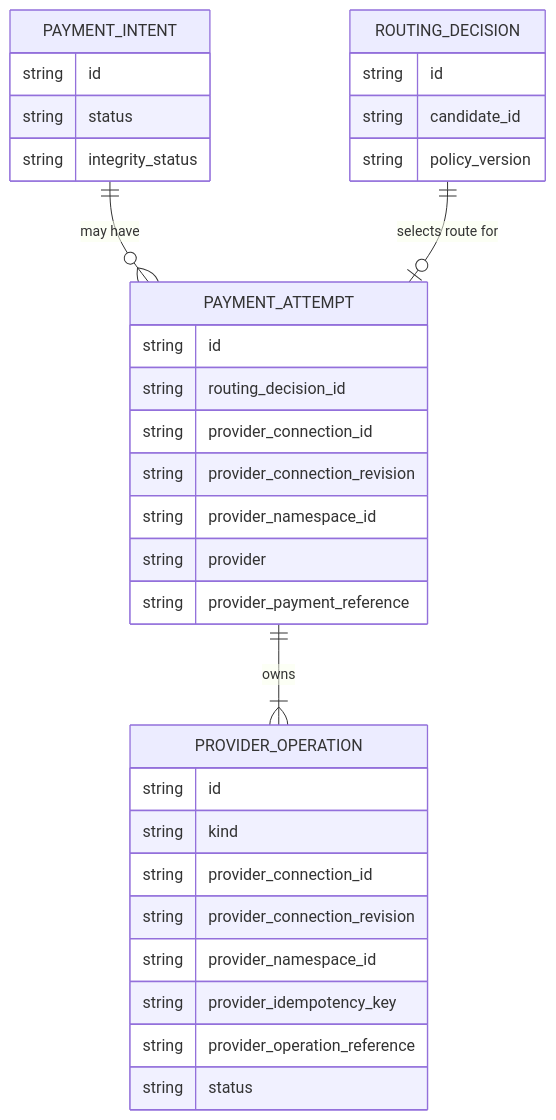
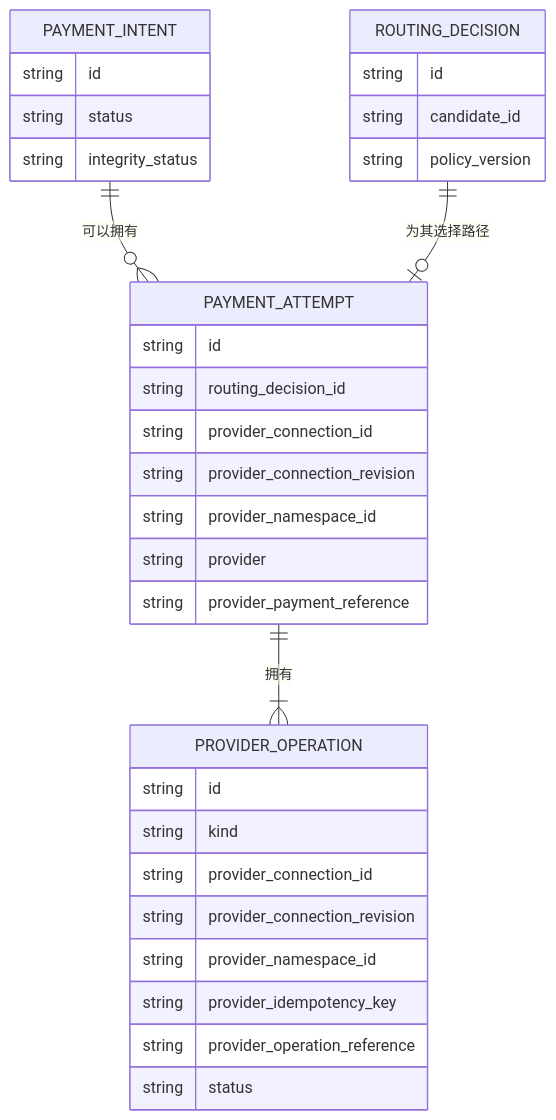
The third of 5 diagrams in part-1-foundations/routing-system-boundaries.md (YouEclipse/Designing-Modern-Payment-Systems), drawn with Mermaid before and after one commit. The commit also changed other lines of this file and 59 other files, not shown here.

````diff
--- a/part-1-foundations/routing-system-boundaries.md
+++ b/part-1-foundations/routing-system-boundaries.md
@@ -142,36 +142,36 @@
 ```mermaid
 erDiagram
-    PAYMENT_INTENT ||--o{ PAYMENT_ATTEMPT : "may have"
-    PAYMENT_ATTEMPT ||--|{ PROVIDER_OPERATION : "owns"
-    ROUTING_DECISION ||--o| PAYMENT_ATTEMPT : "selects route for"
+    PAYMENT_INTENT ||--o{ PAYMENT_ATTEMPT : "可以拥有"
+    PAYMENT_ATTEMPT ||--|{ PROVIDER_OPERATION : "拥有"
+    ROUTING_DECISION ||--o| PAYMENT_ATTEMPT : "为其选择路径"
 
     PAYMENT_INTENT {
         string id
         string status
         string integrity_status
     }
     PAYMENT_ATTEMPT {
         string id
         string routing_decision_id
         string provider_connection_id
         string provider_connection_revision
         string provider_namespace_id
         string provider
         string provider_payment_reference
     }
     PROVIDER_OPERATION {
         string id
         string kind
         string provider_connection_id
         string provider_connection_revision
         string provider_namespace_id
         string provider_idempotency_key
         string provider_operation_reference
         string status
     }
     ROUTING_DECISION {
         string id
         string candidate_id
         string policy_version
     }
 ```
````
